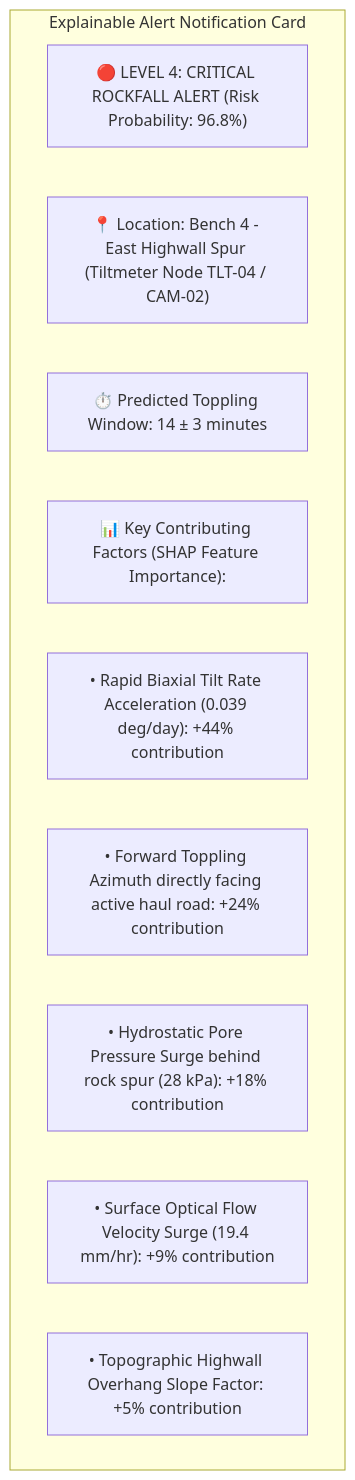
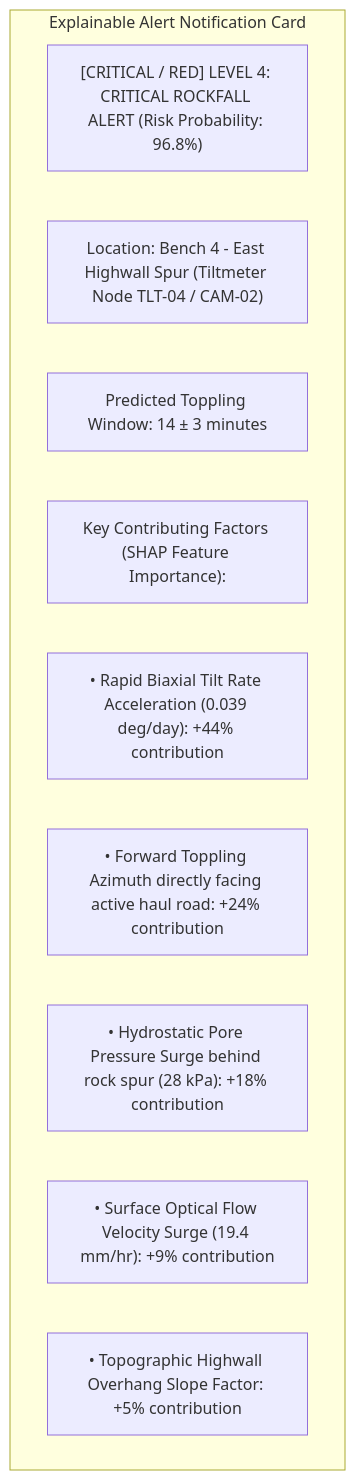
The seventh of 9 diagrams in docs/13_Tilt_Sensors_Tiltmeters.md (angelverman2021-a11y/Report), drawn with Mermaid before and after one commit. The commit also changed other lines of this file and 32 other files, not shown here.

````diff
--- a/docs/13_Tilt_Sensors_Tiltmeters.md
+++ b/docs/13_Tilt_Sensors_Tiltmeters.md
@@ -389,14 +389,14 @@
 ```mermaid
 graph TD
-    subgraph Explainable Alert Notification Card
-        A["🔴 LEVEL 4: CRITICAL ROCKFALL ALERT (Risk Probability: 96.8%)"]
-        B["📍 Location: Bench 4 - East Highwall Spur (Tiltmeter Node TLT-04 / CAM-02)"]
-        C["⏱️ Predicted Toppling Window: 14 ± 3 minutes"]
-        D["📊 Key Contributing Factors (SHAP Feature Importance):"]
-        D1["• Rapid Biaxial Tilt Rate Acceleration (0.039 deg/day): +44% contribution"]
-        D2["• Forward Toppling Azimuth directly facing active haul road: +24% contribution"]
-        D3["• Hydrostatic Pore Pressure Surge behind rock spur (28 kPa): +18% contribution"]
-        D4["• Surface Optical Flow Velocity Surge (19.4 mm/hr): +9% contribution"]
-        D5["• Topographic Highwall Overhang Slope Factor: +5% contribution"]
-    end
+ subgraph Explainable Alert Notification Card
+ A["[CRITICAL / RED] LEVEL 4: CRITICAL ROCKFALL ALERT (Risk Probability: 96.8%)"]
+ B[" Location: Bench 4 - East Highwall Spur (Tiltmeter Node TLT-04 / CAM-02)"]
+ C[" Predicted Toppling Window: 14 ± 3 minutes"]
+ D[" Key Contributing Factors (SHAP Feature Importance):"]
+ D1["• Rapid Biaxial Tilt Rate Acceleration (0.039 deg/day): +44% contribution"]
+ D2["• Forward Toppling Azimuth directly facing active haul road: +24% contribution"]
+ D3["• Hydrostatic Pore Pressure Surge behind rock spur (28 kPa): +18% contribution"]
+ D4["• Surface Optical Flow Velocity Surge (19.4 mm/hr): +9% contribution"]
+ D5["• Topographic Highwall Overhang Slope Factor: +5% contribution"]
+ end
 ```
````
